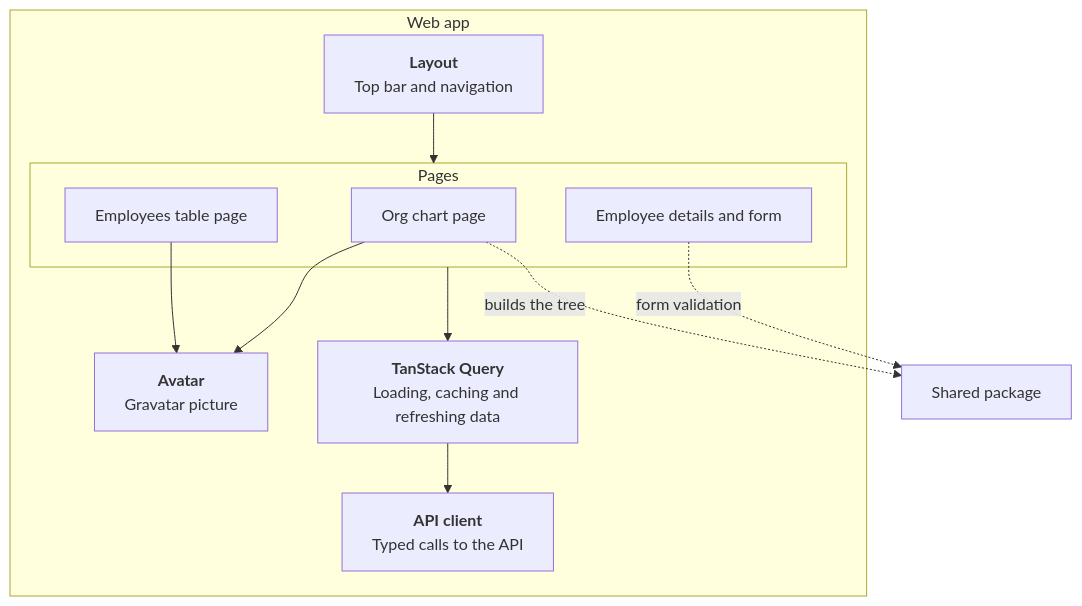
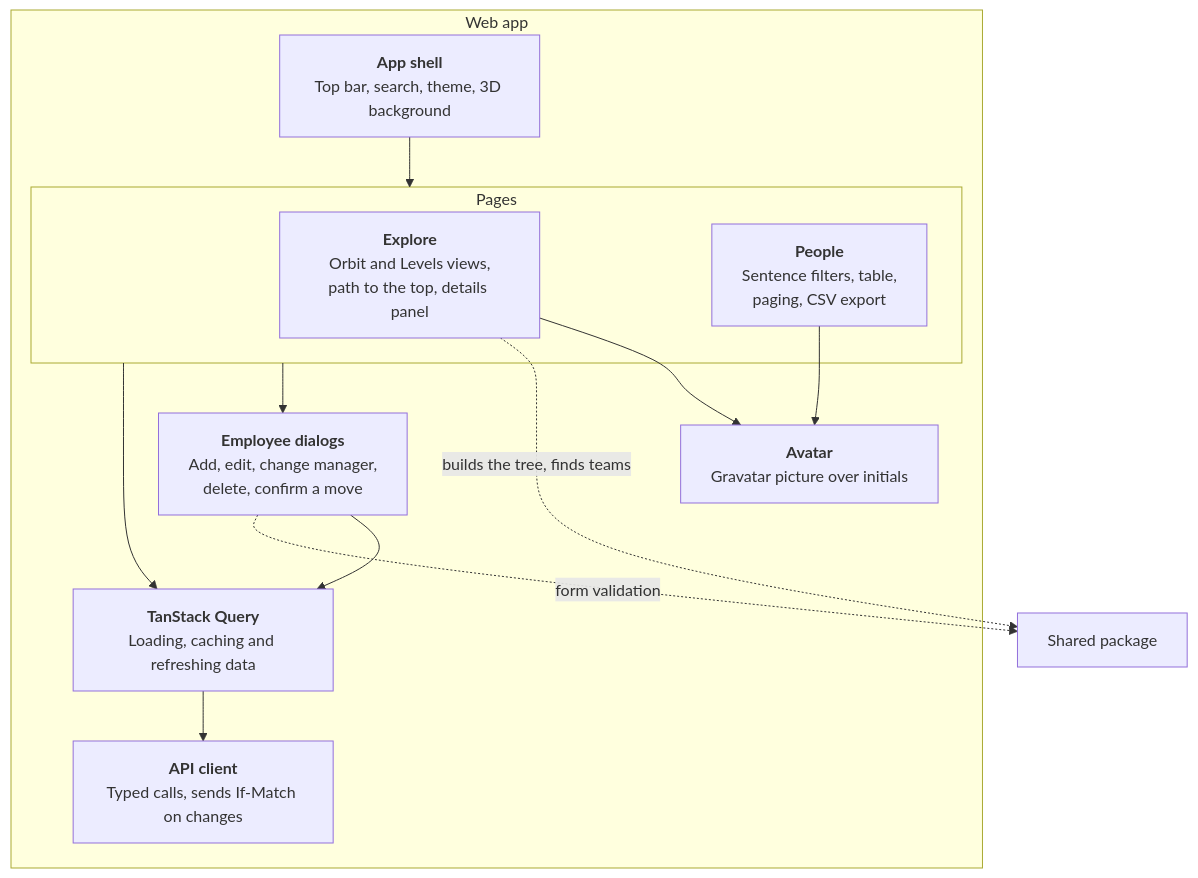
The fourth of 10 diagrams in docs/sas/SAS.md (Ayush-B99/hierarchyHub), drawn with Mermaid before and after one commit. The commit also changed other lines of this file and 1 other file, not shown here.

Commit message:
Add deployment and architecture diagrams, finalise the technical document

````diff
--- a/docs/sas/SAS.md
+++ b/docs/sas/SAS.md
@@ -118,23 +147,25 @@
 ```mermaid
 flowchart TB
     subgraph web["Web app"]
-        layout["<b>Layout</b><br/>Top bar and navigation"]
+        layout["<b>App shell</b><br/>Top bar, search, theme, 3D background"]
         subgraph pages["Pages"]
-            chart["Org chart page"]
-            table["Employees table page"]
-            details["Employee details and form"]
+            explore["<b>Explore</b><br/>Orbit and Levels views,<br/>path to the top, details panel"]
+            people["<b>People</b><br/>Sentence filters, table,<br/>paging, CSV export"]
         end
-        avatar["<b>Avatar</b><br/>Gravatar picture"]
+        dialogs["<b>Employee dialogs</b><br/>Add, edit, change manager,<br/>delete, confirm a move"]
+        avatar["<b>Avatar</b><br/>Gravatar picture over initials"]
         query["<b>TanStack Query</b><br/>Loading, caching and refreshing data"]
-        client["<b>API client</b><br/>Typed calls to the API"]
+        client["<b>API client</b><br/>Typed calls, sends If-Match on changes"]
     end
     shared["Shared package"]
 
     layout --> pages
-    chart --> avatar
-    table --> avatar
+    pages --> dialogs
+    explore --> avatar
+    people --> avatar
     pages --> query
+    dialogs --> query
     query --> client
-    details -.->|"form validation"| shared
-    chart -.->|"builds the tree"| shared
+    dialogs -.->|"form validation"| shared
+    explore -.->|"builds the tree, finds teams"| shared
 ```
````
